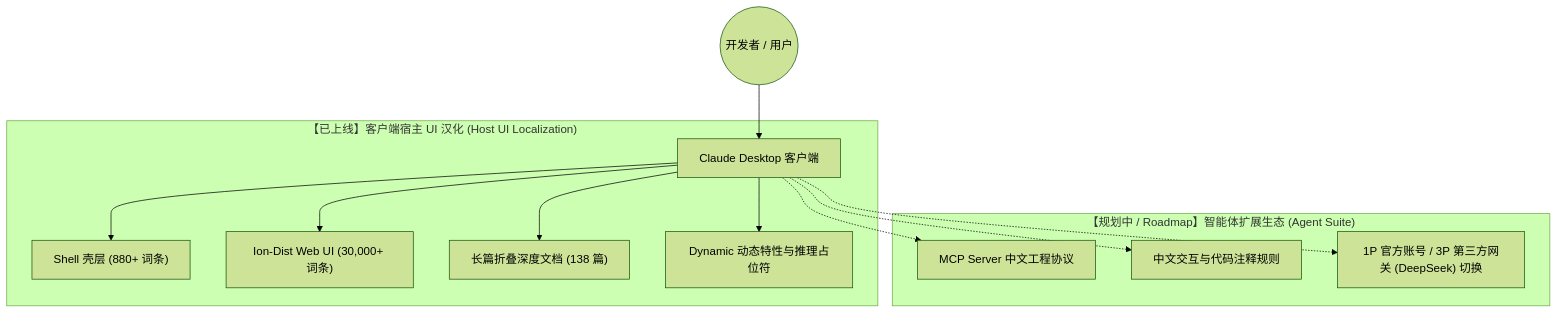
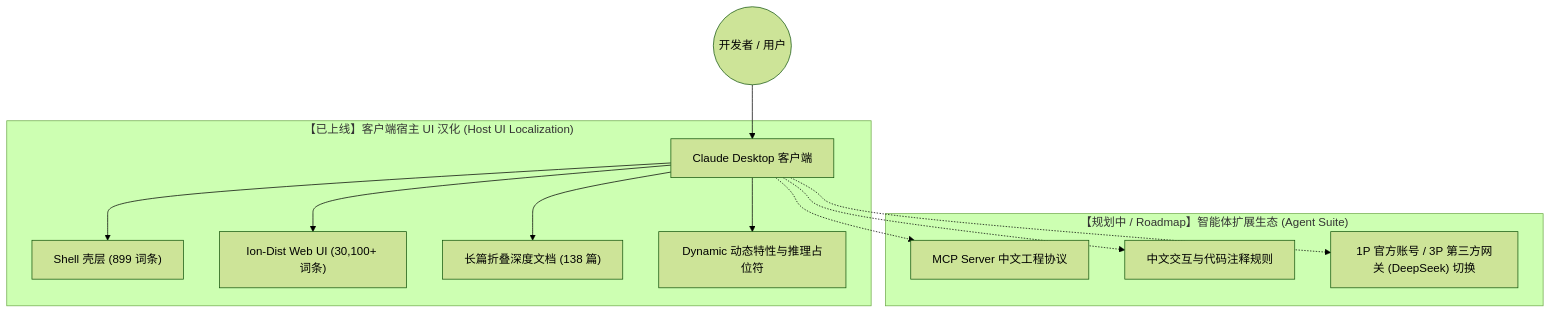
One commit to yiheng8023/claude-chinese changed the first of 2 diagrams in README.md. Above: the diagram before and after it, drawn with Mermaid (forest theme). The commit also changed other lines of this file and 7 other files, not shown here.

Commit message:
release(v1.2.74): adapt to Claude Desktop v2.19675.1.0, sync 899 shell entries & core i18n features

````diff
--- a/README.md
+++ b/README.md
@@ -43,17 +43,17 @@
 ```mermaid
 graph TD
     User((开发者 / 用户)) --> ClaudeApp[Claude Desktop 客户端]
     
     subgraph Mode1 ["【已上线】客户端宿主 UI 汉化 (Host UI Localization)"]
-        ClaudeApp --> ShellLayer["Shell 壳层 (880+ 词条)"]
-        ClaudeApp --> WebUILayer["Ion-Dist Web UI (30,000+ 词条)"]
+        ClaudeApp --> ShellLayer["Shell 壳层 (899 词条)"]
+        ClaudeApp --> WebUILayer["Ion-Dist Web UI (30,100+ 词条)"]
         ClaudeApp --> LongDocsLayer["长篇折叠深度文档 (138 篇)"]
         ClaudeApp --> DynamicLayer["Dynamic 动态特性与推理占位符"]
     end
     
     subgraph Mode2 ["【规划中 / Roadmap】智能体扩展生态 (Agent Suite)"]
         ClaudeApp -.-> MCP["MCP Server 中文工程协议"]
         ClaudeApp -.-> Rules["中文交互与代码注释规则"]
         ClaudeApp -.-> Switcher["1P 官方账号 / 3P 第三方网关 (DeepSeek) 切换"]
     end
 ```
````
